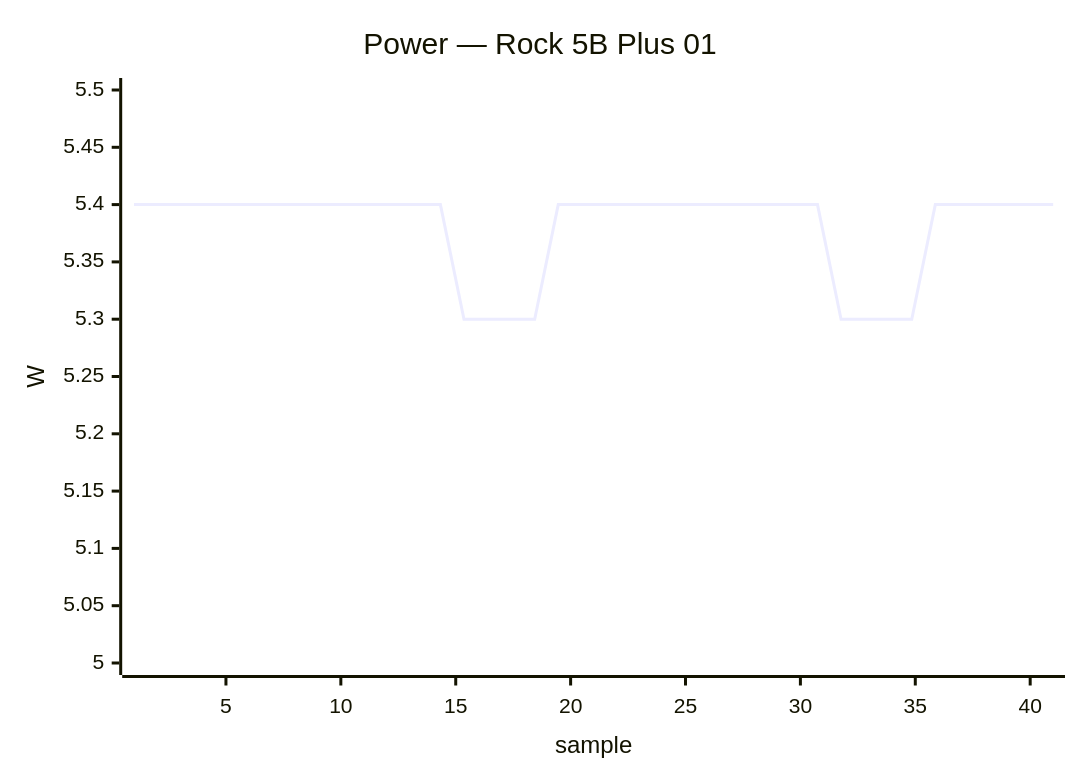
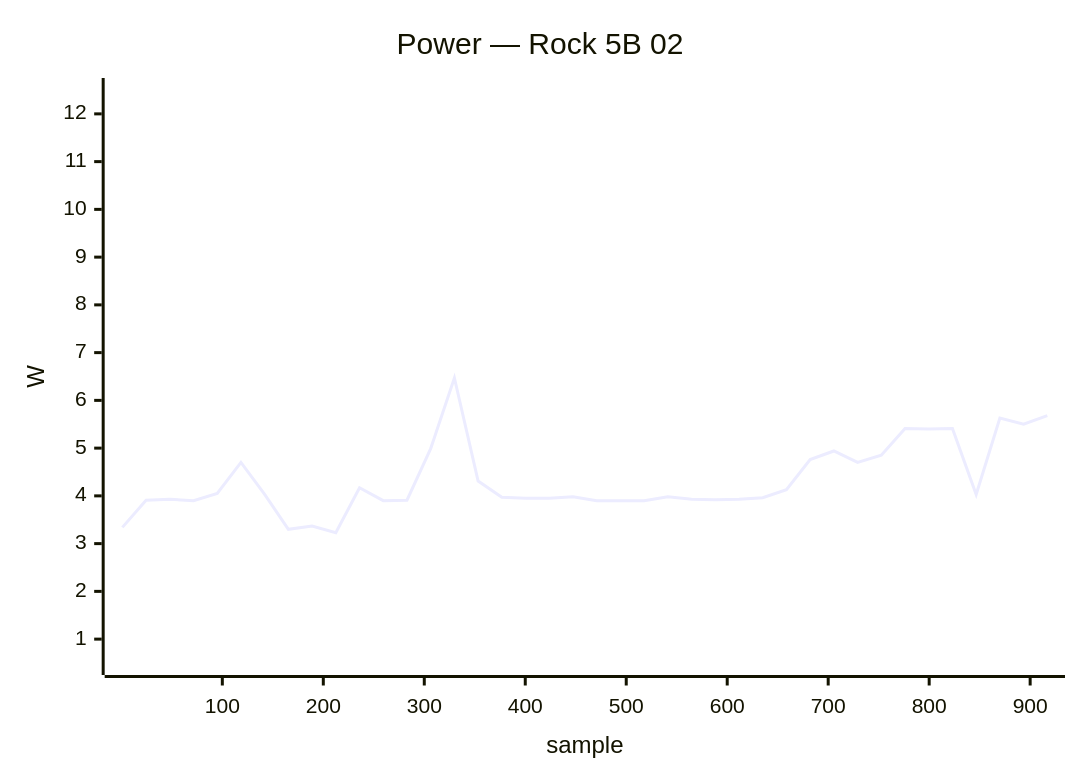
One commit to armbian/documentation changed the sixth of 41 diagrams in docs/status/board-tests.md. Above: the diagram before and after it, drawn with Mermaid. The commit also changed other lines of this file, not shown here.

````diff
--- a/docs/status/board-tests.md
+++ b/docs/status/board-tests.md
@@ -143,7 +203,7 @@
 ```mermaid
 xychart-beta
-    title "Power — Rock 5B Plus 01"
-    x-axis "sample" 1 --> 41
-    y-axis "W" 5.0 --> 5.5
-    line [5.40, 5.40, 5.40, 5.40, 5.40, 5.40, 5.40, 5.40, 5.40, 5.40, 5.40, 5.40, 5.40, 5.40, 5.30, 5.30, 5.30, 5.30, 5.40, 5.40, 5.40, 5.40, 5.40, 5.40, 5.40, 5.40, 5.40, 5.40, 5.40, 5.40, 5.30, 5.30, 5.30, 5.30, 5.40, 5.40, 5.40, 5.40, 5.40, 5.40]
+    title "Power — Rock 5B 02"
+    x-axis "sample" 1 --> 917
+    y-axis "W" 0.5 --> 12.5
+    line [3.34, 3.91, 3.93, 3.90, 4.05, 4.70, 4.03, 3.30, 3.37, 3.23, 4.17, 3.90, 3.91, 4.99, 6.47, 4.31, 3.97, 3.95, 3.95, 3.98, 3.90, 3.90, 3.90, 3.98, 3.93, 3.92, 3.93, 3.96, 4.13, 4.76, 4.94, 4.70, 4.85, 5.41, 5.40, 5.41, 4.03, 5.63, 5.50, 5.68]
 ```
````
